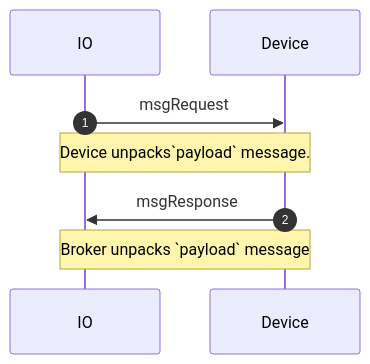
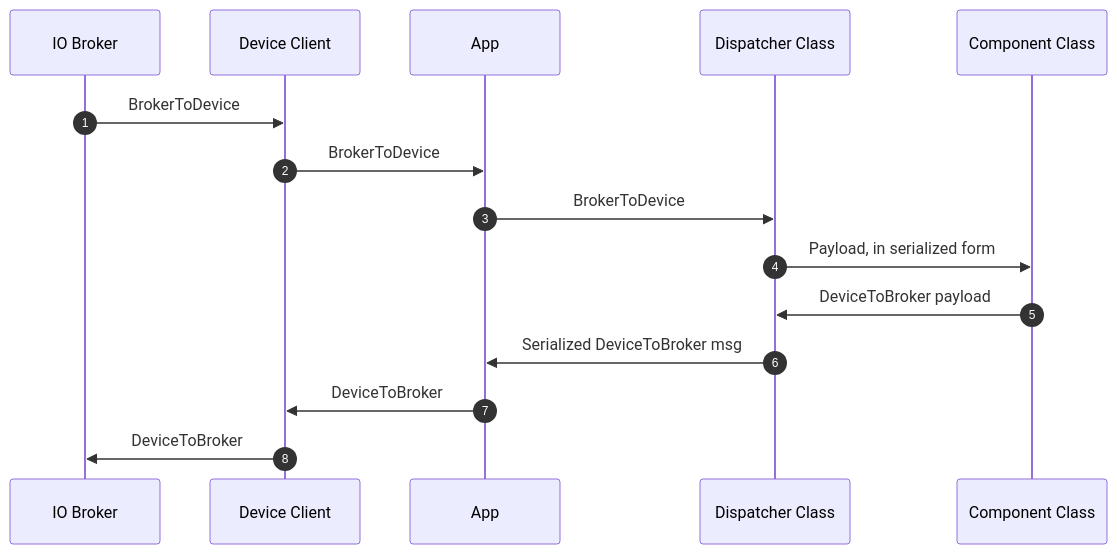
One commit to adafruit/Wippersnapper_Protobuf changed the diagram in proto/wippersnapper/docs/signal.md. Above: the diagram before and after it, drawn with Mermaid. The commit also changed other lines of this file, not shown here.

````diff
--- a/proto/wippersnapper/docs/signal.md
+++ b/proto/wippersnapper/docs/signal.md
@@ -12,9 +30,14 @@
 ```mermaid
 sequenceDiagram
 autonumber
 
-IO->>Device: msgRequest
-Note over IO,Device: Device unpacks`payload` message.
-Device->>IO: msgResponse
-Note over Device,IO: Broker unpacks `payload` message
+IO Broker->>Device Client: BrokerToDevice
+Device Client->>App: BrokerToDevice
+App->>Dispatcher Class: BrokerToDevice
+Dispatcher Class->>Component Class: Payload, in serialized form
+Component Class->>Dispatcher Class: DeviceToBroker payload
+Dispatcher Class->>App: Serialized DeviceToBroker msg
+App->>Device Client: DeviceToBroker
+Device Client->>IO Broker: DeviceToBroker
+
 ```
````
